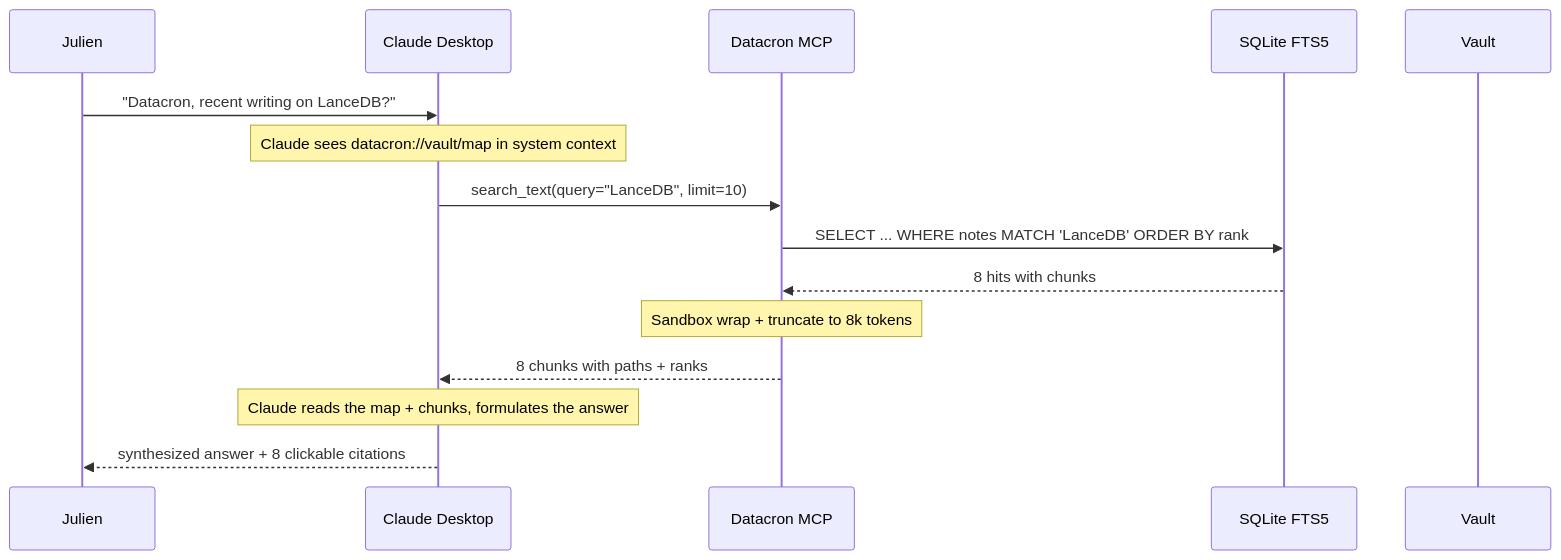
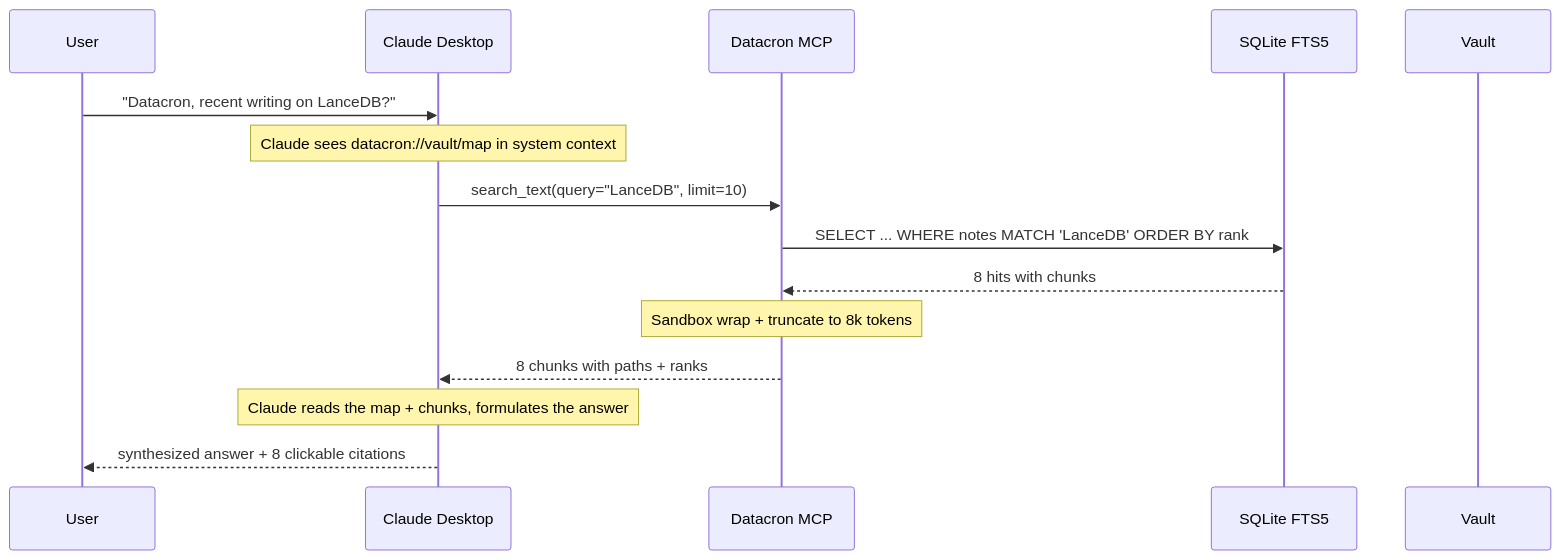
Before and after one commit to VBlackJack/Datacron: the second of 2 diagrams in docs/en/architecture.md, drawn with Mermaid. The commit also changed other lines of this file and 85 other files, not shown here.

````diff
--- a/docs/en/architecture.md
+++ b/docs/en/architecture.md
@@ -459,18 +458,18 @@
 ```mermaid
 sequenceDiagram
-    participant J as Julien
+    participant J as User
     participant C as Claude Desktop
     participant M as Datacron MCP
     participant DB as SQLite FTS5
     participant V as Vault
 
     J->>C: "Datacron, recent writing on LanceDB?"
     Note over C: Claude sees datacron://vault/map in system context
     C->>M: search_text(query="LanceDB", limit=10)
     M->>DB: SELECT ... WHERE notes MATCH 'LanceDB' ORDER BY rank
     DB-->>M: 8 hits with chunks
     Note over M: Sandbox wrap + truncate to 8k tokens
     M-->>C: 8 chunks with paths + ranks
     Note over C: Claude reads the map + chunks, formulates the answer
     C-->>J: synthesized answer + 8 clickable citations
 ```
````
